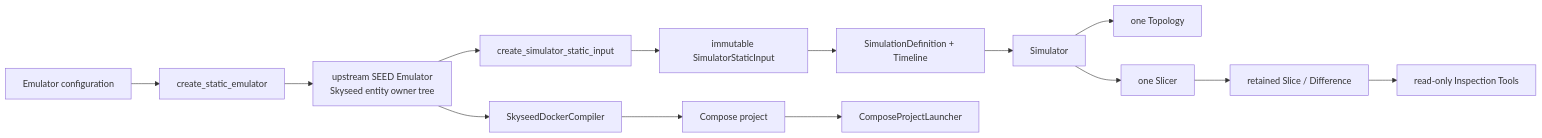
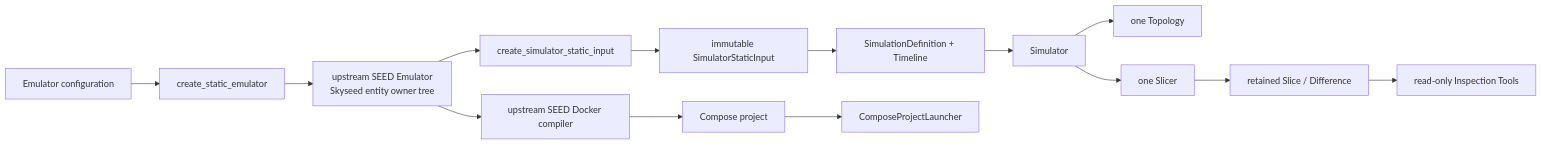
The diagram in skyseed_v2/docs/human-readable/system-overview.md (seed-labs/skyseed), drawn with Mermaid before and after one commit. The commit also changed 52 other files, not shown here.

Commit message:
refactor: align Skyseed entities with upstream SEED lifecycle

````diff
--- a/skyseed_v2/docs/human-readable/system-overview.md
+++ b/skyseed_v2/docs/human-readable/system-overview.md
@@ -6,17 +6,17 @@
 ```mermaid
 flowchart LR
     CFG["Emulator configuration"] --> CON["create_static_emulator"]
     CON --> EMU["upstream SEED Emulator<br/>Skyseed entity owner tree"]
     EMU --> BOUND["create_simulator_static_input"]
     BOUND --> DTO["immutable SimulatorStaticInput"]
     DTO --> DEF["SimulationDefinition + Timeline"]
     DEF --> SIM["Simulator"]
     SIM --> TOP["one Topology"]
     SIM --> SLI["one Slicer"]
     SLI --> RES["retained Slice / Difference"]
     RES --> TOOL["read-only Inspection Tools"]
 
-    EMU --> COMP["SkyseedDockerCompiler"]
+    EMU --> COMP["upstream SEED Docker compiler"]
     COMP --> PROJECT["Compose project"]
     PROJECT --> LAUNCH["ComposeProjectLauncher"]
 ```
````
